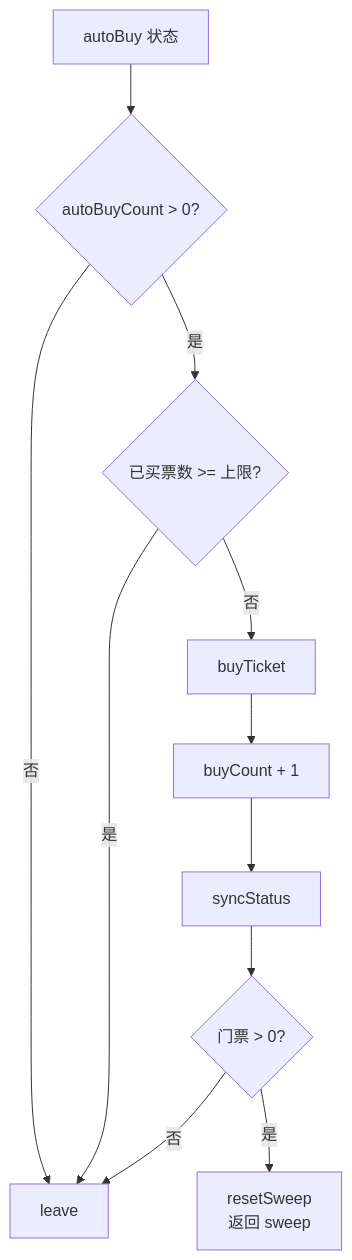
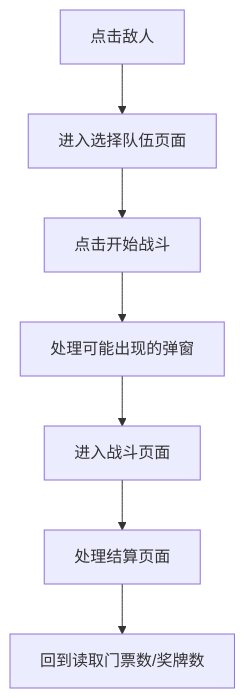
One commit to sunnng/cookie-run-kingdom changed the fifth of 6 diagrams in 项目说明文档/竞技场模块流程图.md. Above: the diagram before and after it, drawn with Mermaid. The commit also changed other lines of this file and 13 other files, not shown here.

````diff
--- a/项目说明文档/竞技场模块流程图.md
+++ b/项目说明文档/竞技场模块流程图.md
@@ -115,13 +126,9 @@
 ```mermaid
 flowchart TD
-    A[autoBuy 状态] --> B{autoBuyCount > 0?}
-    B -->|否| I[leave]
-    B -->|是| C{已买票数 >= 上限?}
-    C -->|是| I
-    C -->|否| D[buyTicket]
-    D --> E[buyCount + 1]
-    E --> F[syncStatus]
-    F --> G{门票 > 0?}
-    G -->|是| H[resetSweep<br/>返回 sweep]
-    G -->|否| I[leave]
+    TAP[点击敌人] --> TEAM[进入选择队伍页面]
+    TEAM --> START[点击开始战斗]
+    START --> DIALOG[处理可能出现的弹窗]
+    DIALOG --> BATTLE[进入战斗页面]
+    BATTLE --> SETTLE[处理结算页面]
+    SETTLE --> LOOP[回到读取门票数/奖牌数]
 ```
````
